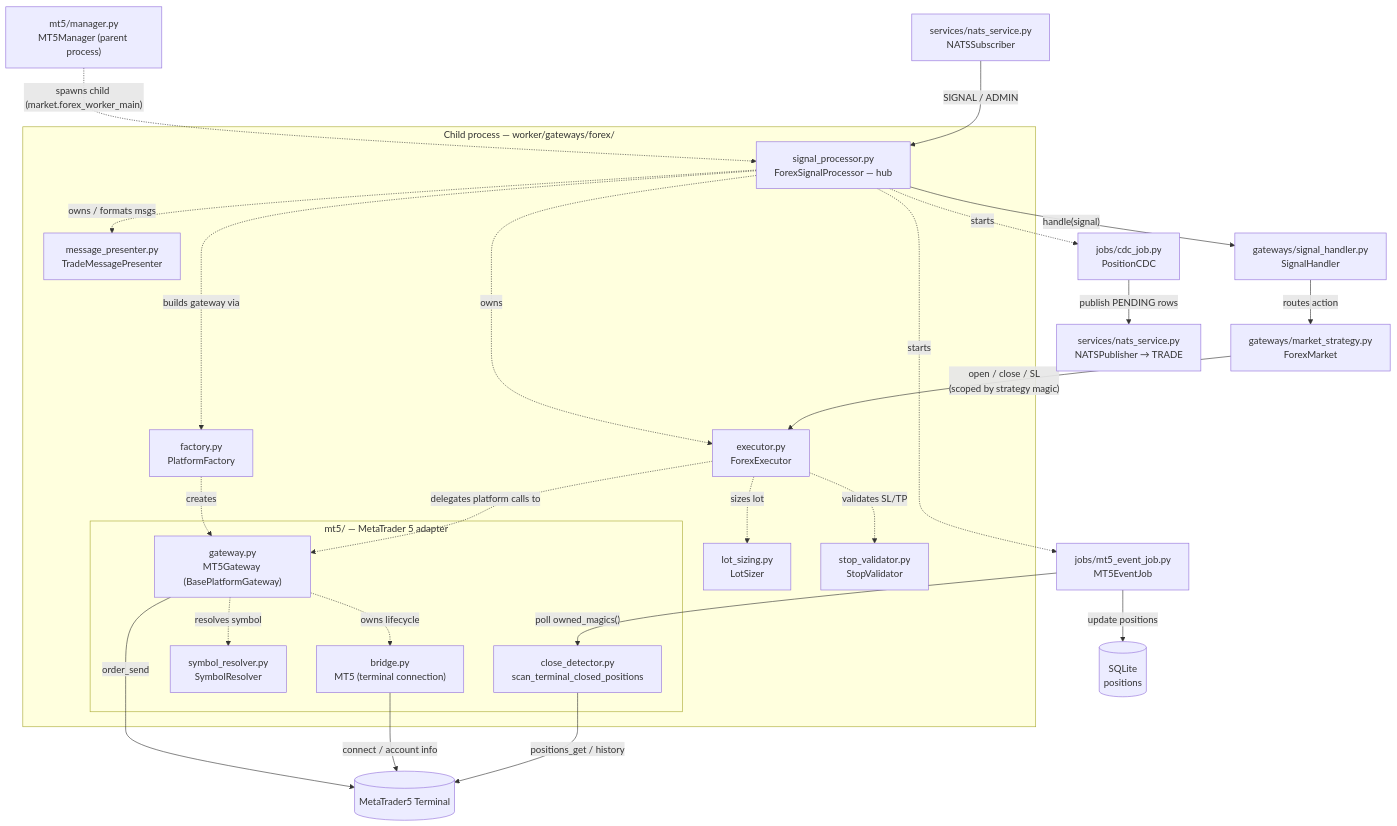
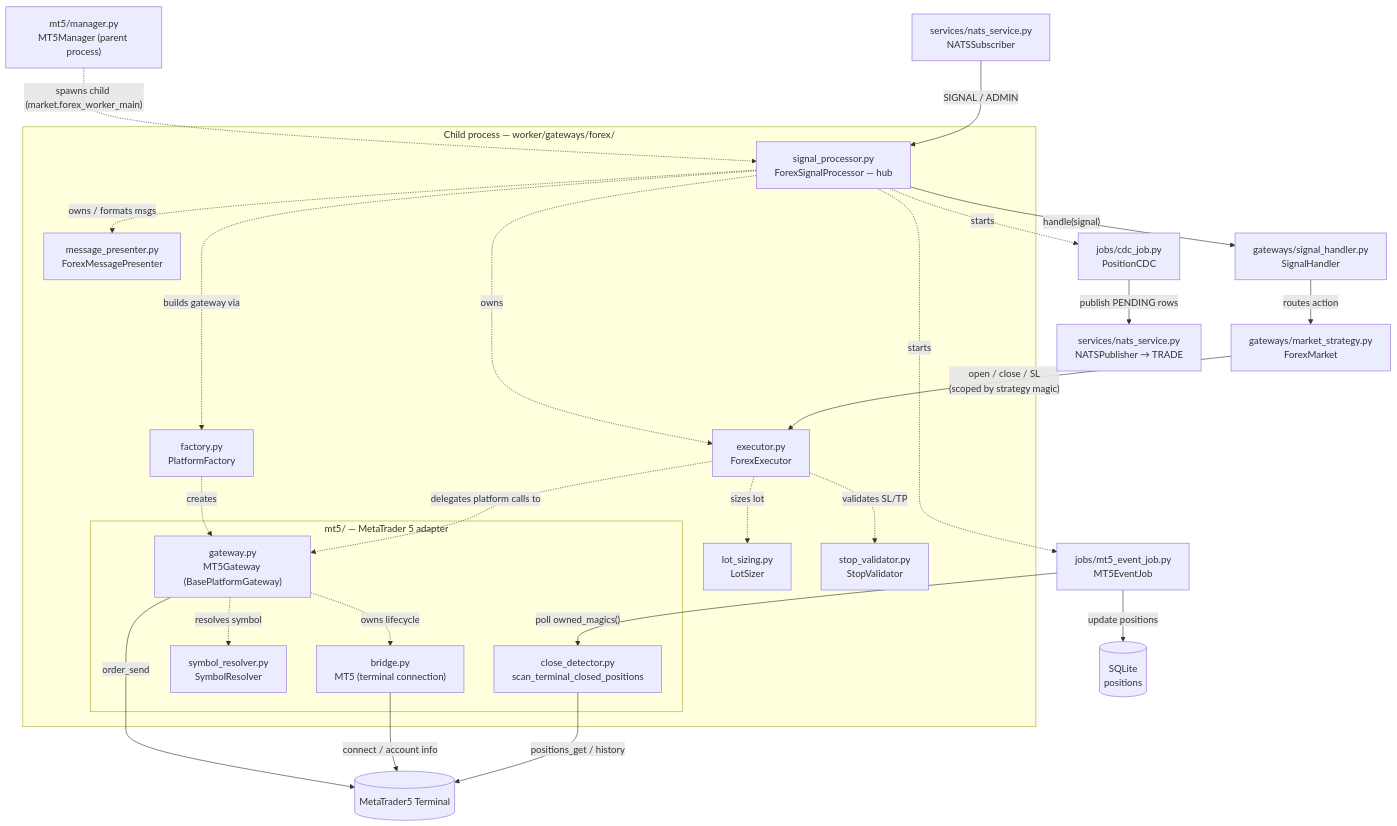
Before and after one commit to rockingrow/algo-trading-worker: the second of 2 diagrams in README.md, drawn with Mermaid. The commit also changed other lines of this file and 16 other files, not shown here.

````diff
--- a/README.md
+++ b/README.md
@@ -177,49 +177,49 @@
 ```mermaid
 graph TD
     Manager["mt5/manager.py<br/>MT5Manager (parent process)"]
 
     subgraph Child["Child process — worker/gateways/forex/"]
         SP["signal_processor.py<br/>ForexSignalProcessor — hub"]
         Factory["factory.py<br/>PlatformFactory"]
         Executor["executor.py<br/>ForexExecutor"]
-        Presenter["message_presenter.py<br/>TradeMessagePresenter"]
+        Presenter["message_presenter.py<br/>ForexMessagePresenter"]
         LotSizer["lot_sizing.py<br/>LotSizer"]
         StopVal["stop_validator.py<br/>StopValidator"]
 
         subgraph MT5Pkg["mt5/ — MetaTrader 5 adapter"]
             Gateway["gateway.py<br/>MT5Gateway (BasePlatformGateway)"]
             Bridge["bridge.py<br/>MT5 (terminal connection)"]
             Resolver["symbol_resolver.py<br/>SymbolResolver"]
             CloseDet["close_detector.py<br/>scan_terminal_closed_positions"]
         end
     end
 
     Manager -. "spawns child (market.forex_worker_main)" .-> SP
 
     %% Composition — signal_processor builds the stack
     SP -. "builds gateway via" .-> Factory
     Factory -. "creates" .-> Gateway
     SP -. "owns" .-> Executor
     SP -. "owns / formats msgs" .-> Presenter
     Executor -. "delegates platform calls to" .-> Gateway
     Executor -. "sizes lot" .-> LotSizer
     Executor -. "validates SL/TP" .-> StopVal
     Gateway -. "owns lifecycle" .-> Bridge
     Gateway -. "resolves symbol" .-> Resolver
 
     %% Live signal path
     Sub["services/nats_service.py<br/>NATSSubscriber"] -- "SIGNAL / ADMIN" --> SP
     SP -- "handle(signal)" --> Handler["gateways/signal_handler.py<br/>SignalHandler"]
     Handler -- "routes action" --> Strategy["gateways/market_strategy.py<br/>ForexMarket"]
     Strategy -- "open / close / SL<br/>(scoped by strategy magic)" --> Executor
     Gateway -- "order_send" --> Term[(MetaTrader5 Terminal)]
     Bridge -- "connect / account info" --> Term
 
     %% Background jobs started by the hub
     SP -. "starts" .-> EventJob["jobs/mt5_event_job.py<br/>MT5EventJob"]
     SP -. "starts" .-> CDC["jobs/cdc_job.py<br/>PositionCDC"]
     EventJob -- "poll owned_magics()" --> CloseDet
     CloseDet -- "positions_get / history" --> Term
     EventJob -- "update positions" --> DB[("SQLite<br/>positions")]
     CDC -- "publish PENDING rows" --> Pub["services/nats_service.py<br/>NATSPublisher → TRADE"]
 ```
````
